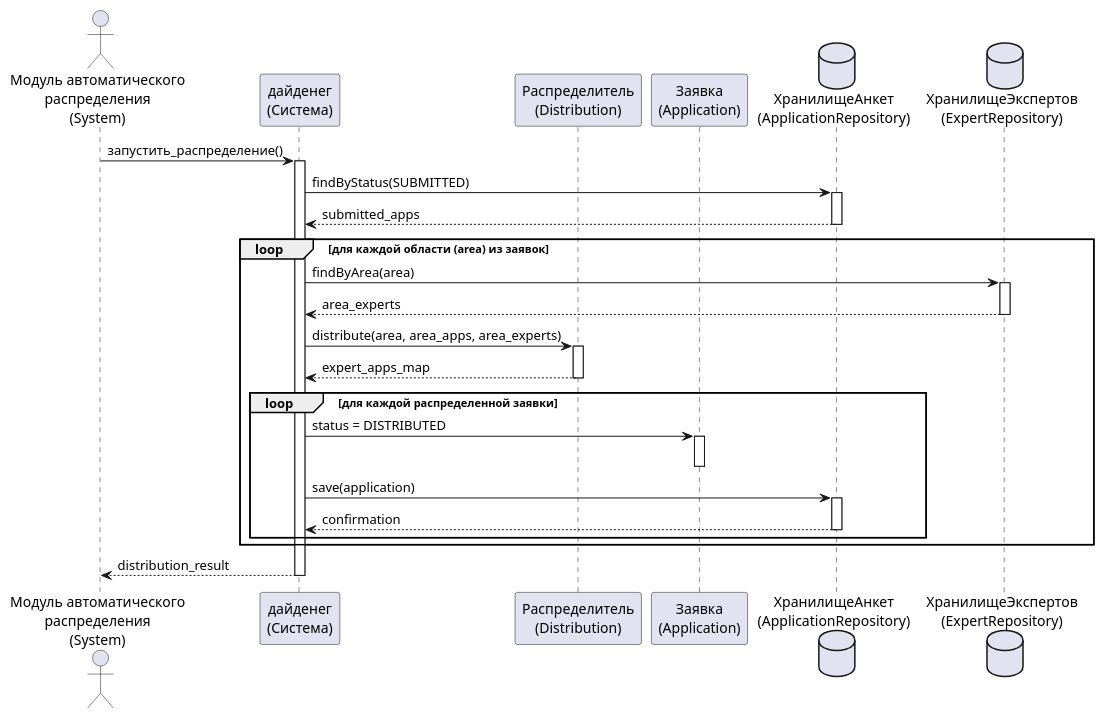
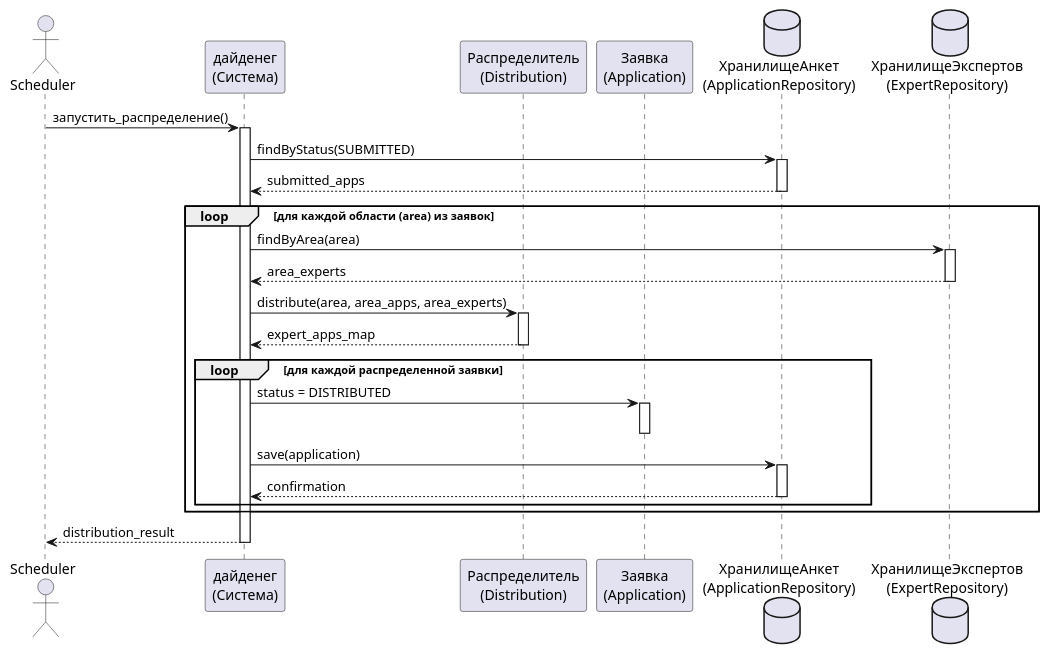
One commit to penamarth/bsbo-10-24_team4_var9_techexp changed the diagram in Диаграмма_последовательности_Распределние_экспертов.md. Above: the diagram before and after it, drawn with PlantUML.

````diff
--- a/Диаграмма_последовательности_Распределние_экспертов.md
+++ b/Диаграмма_последовательности_Распределние_экспертов.md
@@ -2,46 +2,46 @@
 ```plantuml
 @startuml
 skinparam responseMessageBelowArrow true
 
-actor "Модуль автоматического\nраспределения\n(System)" as timer
+actor "Scheduler" as timer
 participant "дайденег\n(Система)" as system
 participant "Распределитель\n(Distribution)" as dist
 participant "Заявка\n(Application)" as application
 database "ХранилищеАнкет\n(ApplicationRepository)" as app_repo
 database "ХранилищеЭкспертов\n(ExpertRepository)" as exp_repo
 
 timer -> system : запустить_распределение()
 activate system
 
 system -> app_repo : findByStatus(SUBMITTED)
 activate app_repo
 app_repo --> system : submitted_apps
 deactivate app_repo
 
 loop для каждой области (area) из заявок
     system -> exp_repo : findByArea(area)
     activate exp_repo
     exp_repo --> system : area_experts
     deactivate exp_repo
 
     system -> dist : distribute(area, area_apps, area_experts)
     activate dist
     dist --> system : expert_apps_map
     deactivate dist
 
     loop для каждой распределенной заявки
         system -> application : status = DISTRIBUTED
         activate application
         deactivate application
 
         system -> app_repo : save(application)
         activate app_repo
         app_repo --> system : confirmation
         deactivate app_repo
     end
 end
 
 system --> timer : distribution_result
 deactivate system
 @enduml
 ```
````
